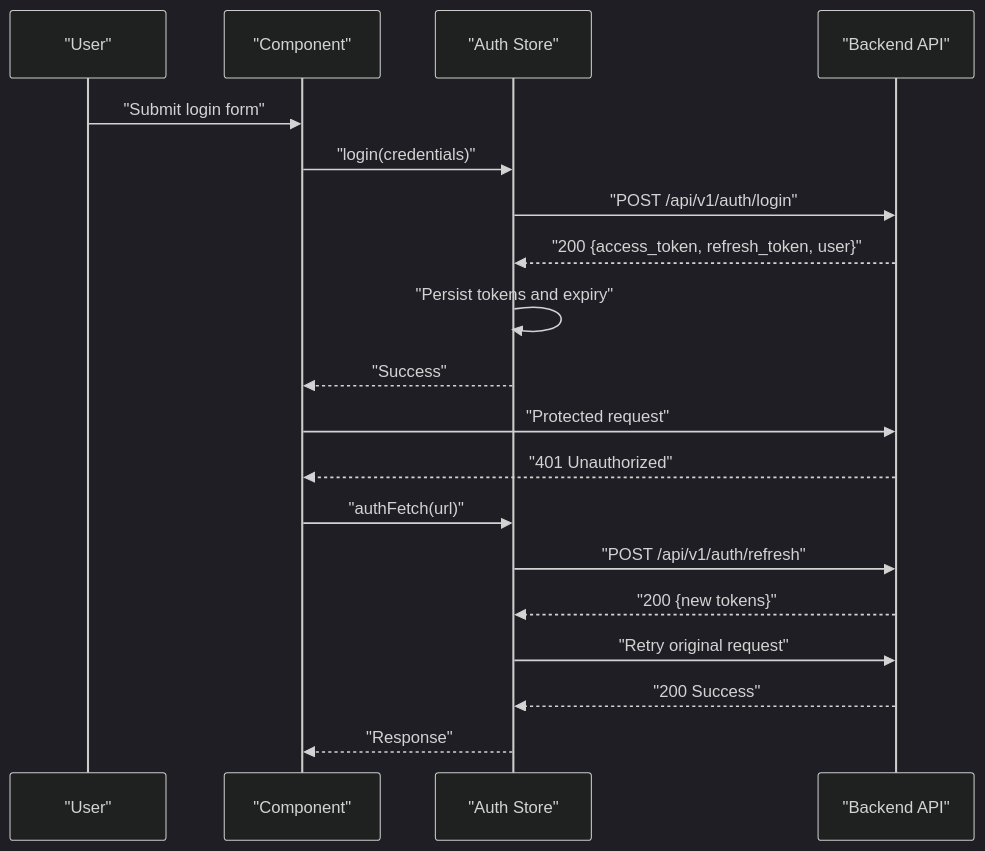
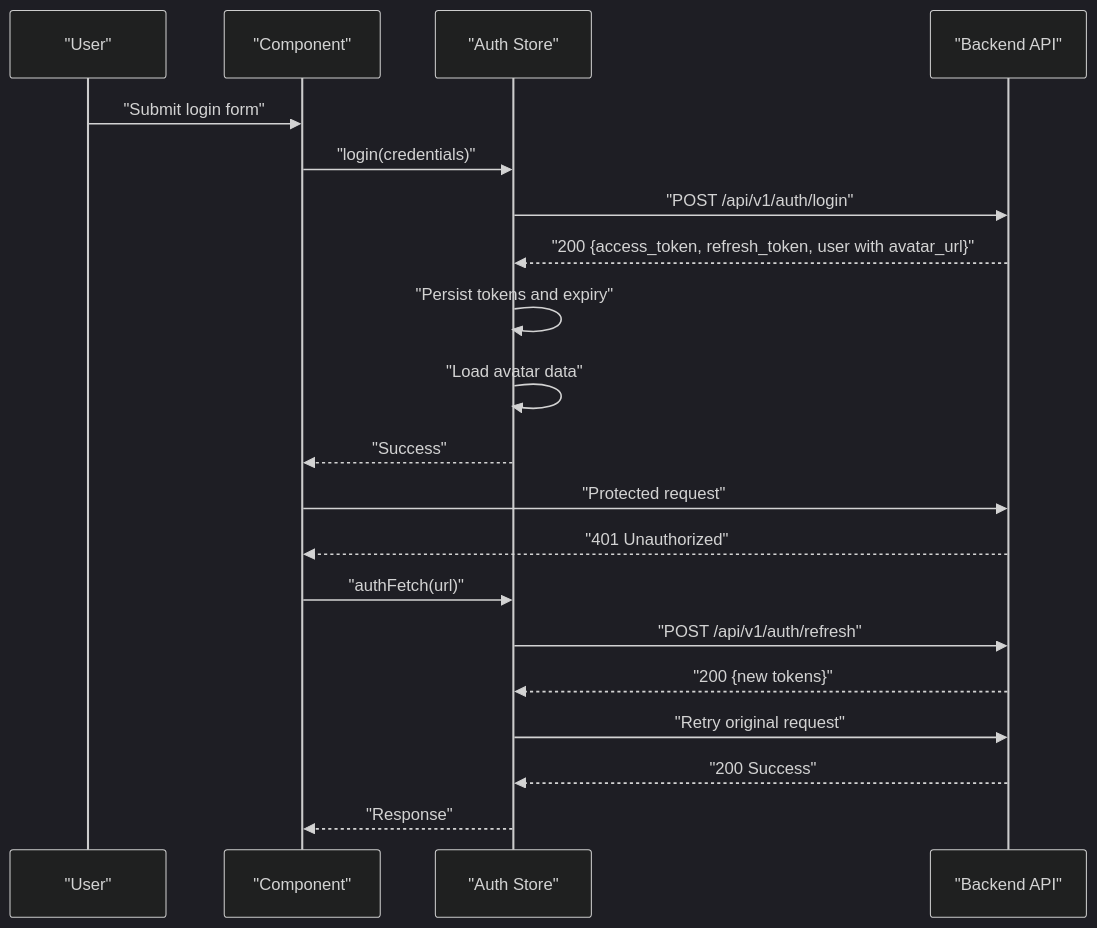
The fifth of 15 diagrams in .qoder/repowiki/en/content/Frontend Architecture/Frontend Architecture.md (Nikita5543/New-SSO-02), drawn with Mermaid (dark theme) before and after one commit. The commit also changed other lines of this file and 4 other files, not shown here.

Commit message:
commit-repo-wiki-user-avatar

````diff
--- a/.qoder/repowiki/en/content/Frontend Architecture/Frontend Architecture.md
+++ b/.qoder/repowiki/en/content/Frontend Architecture/Frontend Architecture.md
@@ -335,21 +356,22 @@
 ```mermaid
 sequenceDiagram
 participant U as "User"
 participant C as "Component"
 participant AS as "Auth Store"
 participant BE as "Backend API"
 U->>C : "Submit login form"
 C->>AS : "login(credentials)"
 AS->>BE : "POST /api/v1/auth/login"
-BE-->>AS : "200 {access_token, refresh_token, user}"
+BE-->>AS : "200 {access_token, refresh_token, user with avatar_url}"
 AS->>AS : "Persist tokens and expiry"
+AS->>AS : "Load avatar data"
 AS-->>C : "Success"
 C->>BE : "Protected request"
 BE-->>C : "401 Unauthorized"
 C->>AS : "authFetch(url)"
 AS->>BE : "POST /api/v1/auth/refresh"
 BE-->>AS : "200 {new tokens}"
 AS->>BE : "Retry original request"
 BE-->>AS : "200 Success"
 AS-->>C : "Response"
 ```
````
